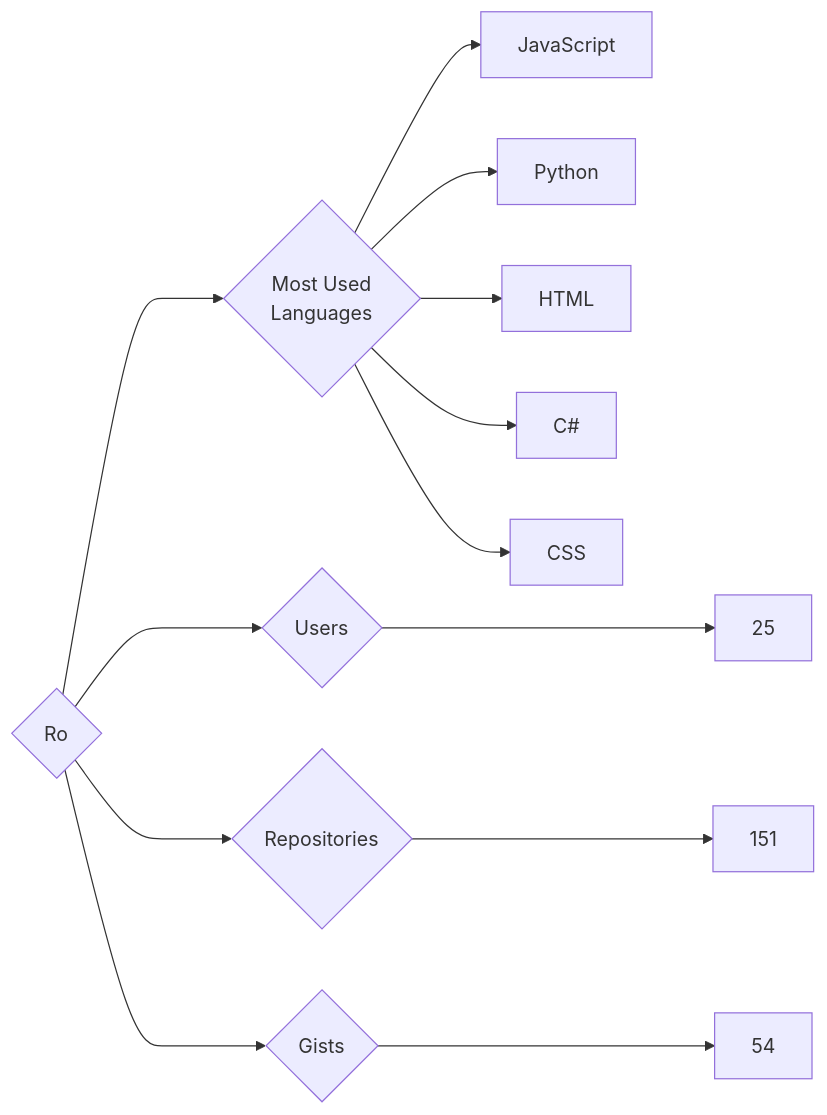
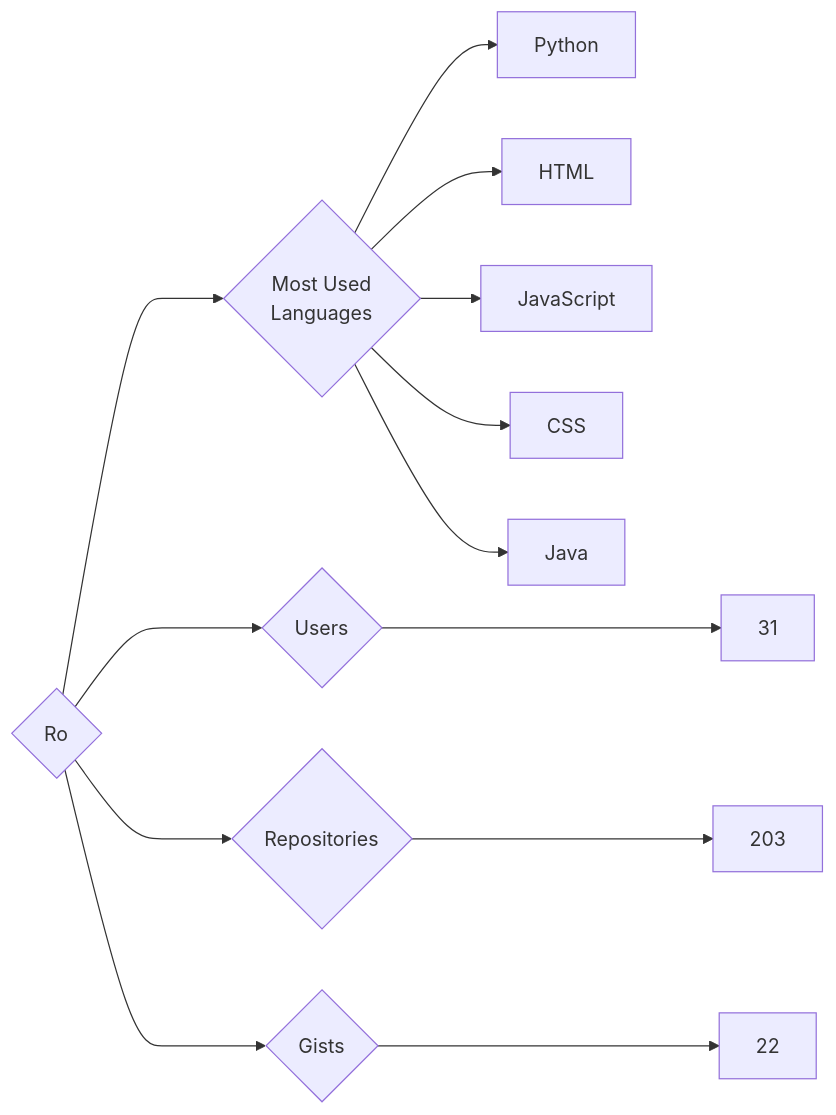
The diagram in targets/Ro/README.md (trickest/insiders), drawn with Mermaid before and after one commit. The commit also changed 833 other files, not shown here.

````diff
--- a/targets/Ro/README.md
+++ b/targets/Ro/README.md
@@ -3,13 +3,13 @@
 ```mermaid
 graph LR
 COMPANY_NAME{Ro}
-COMPANY_NAME ---> U{Users} ---> UN[25]
-COMPANY_NAME ---> R{Repositories} ---> RN[151]
-COMPANY_NAME ---> G{Gists} ---> GN[54]
+COMPANY_NAME ---> U{Users} ---> UN[31]
+COMPANY_NAME ---> R{Repositories} ---> RN[203]
+COMPANY_NAME ---> G{Gists} ---> GN[22]
 COMPANY_NAME ---> ML{Most Used<br>Languages}
-ML --> JavaScript[JavaScript]
 ML --> Python[Python]
 ML --> HTML[HTML]
-ML --> C#[C#]
+ML --> JavaScript[JavaScript]
 ML --> CSS[CSS]
+ML --> Java[Java]
 ```
````
